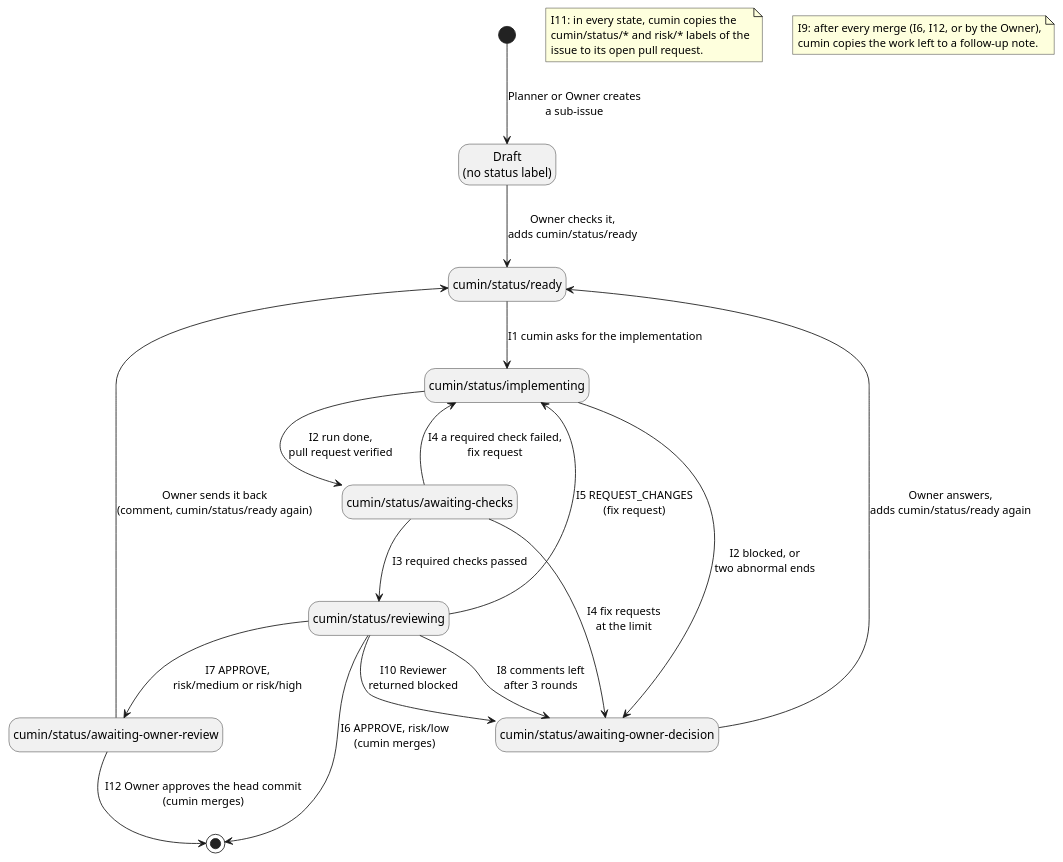
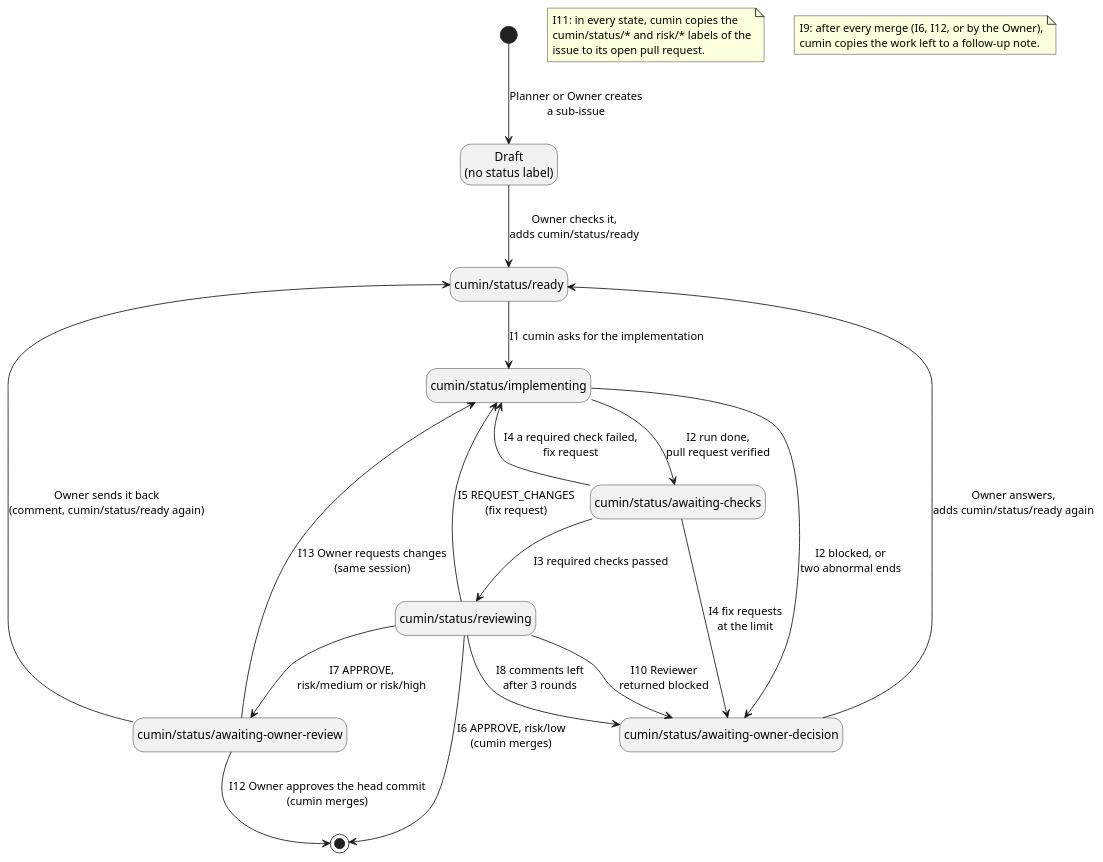
The diagram in docs/ja/requirements/workflow/implementation-issue-states.puml (cloveclovedev/cumin-works), drawn with PlantUML before and after one commit. The commit also changed 5 other files, not shown here.

First line of the commit message:
docs(requirements): send a pull request back when the Owner requests changes (I13) (#393)

```diff
--- a/docs/ja/requirements/workflow/implementation-issue-states.puml
+++ b/docs/ja/requirements/workflow/implementation-issue-states.puml
@@ -1,36 +1,37 @@
 @startuml implementation-issue-states
 ' cumin works - states of an implementation issue.
-' A state is a label on GitHub. Each arrow names one row of issue-states.md (I1 to I12); I9 and I11 are notes.
+' A state is a label on GitHub. Each arrow names one row of issue-states.md (I1 to I13); I9 and I11 are notes.
 ' Render: run scripts/render-diagrams.sh at the root of the repository.
 
 hide empty description
 
 state "Draft\n(no status label)" as Draft
 state "cumin/status/ready" as Ready
 state "cumin/status/implementing" as Implementing
 state "cumin/status/awaiting-checks" as Checks
 state "cumin/status/reviewing" as Reviewing
 state "cumin/status/awaiting-owner-review" as OwnerReview
 state "cumin/status/awaiting-owner-decision" as Decision
 
 [*] --> Draft : Planner or Owner creates\na sub-issue
 Draft --> Ready : Owner checks it,\nadds cumin/status/ready
 Ready --> Implementing : I1 cumin asks for the implementation
 Implementing --> Checks : I2 run done,\npull request verified
 Implementing --> Decision : I2 blocked, or\ntwo abnormal ends
 Checks --> Reviewing : I3 required checks passed
 Checks --> Implementing : I4 a required check failed,\nfix request
 Checks --> Decision : I4 fix requests\nat the limit
 Reviewing --> Implementing : I5 REQUEST_CHANGES\n(fix request)
 Reviewing --> [*] : I6 APPROVE, risk/low\n(cumin merges)
 Reviewing --> OwnerReview : I7 APPROVE,\nrisk/medium or risk/high
 Reviewing --> Decision : I8 comments left\nafter 3 rounds
 Reviewing --> Decision : I10 Reviewer\nreturned blocked
 OwnerReview --> [*] : I12 Owner approves the head commit\n(cumin merges)
+OwnerReview --> Implementing : I13 Owner requests changes\n(same session)
 OwnerReview --> Ready : Owner sends it back\n(comment, cumin/status/ready again)
 Decision --> Ready : Owner answers,\nadds cumin/status/ready again
 
 note "I11: in every state, cumin copies the\ncumin/status/* and risk/* labels of the\nissue to its open pull request." as I11
 note "I9: after every merge (I6, I12, or by the Owner),\ncumin copies the work left to a follow-up note." as I9
 
 @enduml
```
